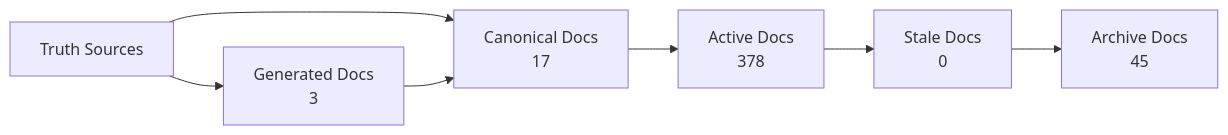
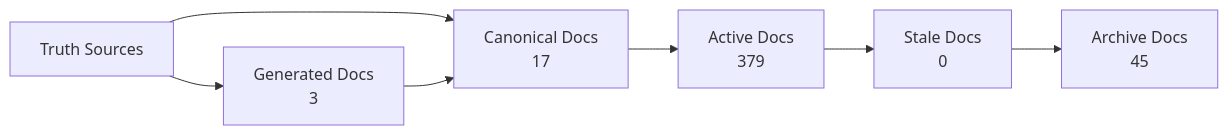
One commit to Latimer-Woods-Tech/Factory changed the diagram in docs/_generated/docs-trust-map.md. Above: the diagram before and after it, drawn with Mermaid. The commit also changed 4 other files, not shown here.

````diff
--- a/docs/_generated/docs-trust-map.md
+++ b/docs/_generated/docs-trust-map.md
@@ -20,14 +20,14 @@
 ```mermaid
 flowchart LR
   truth["Truth Sources"] --> canonical["Canonical Docs"]
   canonical --> active["Active Docs"]
   active --> stale["Stale Docs"]
   stale --> archive["Archive Docs"]
   canonical["Canonical Docs\n17"]
-  active["Active Docs\n378"]
+  active["Active Docs\n379"]
   stale["Stale Docs\n0"]
   archive["Archive Docs\n45"]
   generated["Generated Docs\n3"]
   truth --> generated
   generated --> canonical
 ```
````
